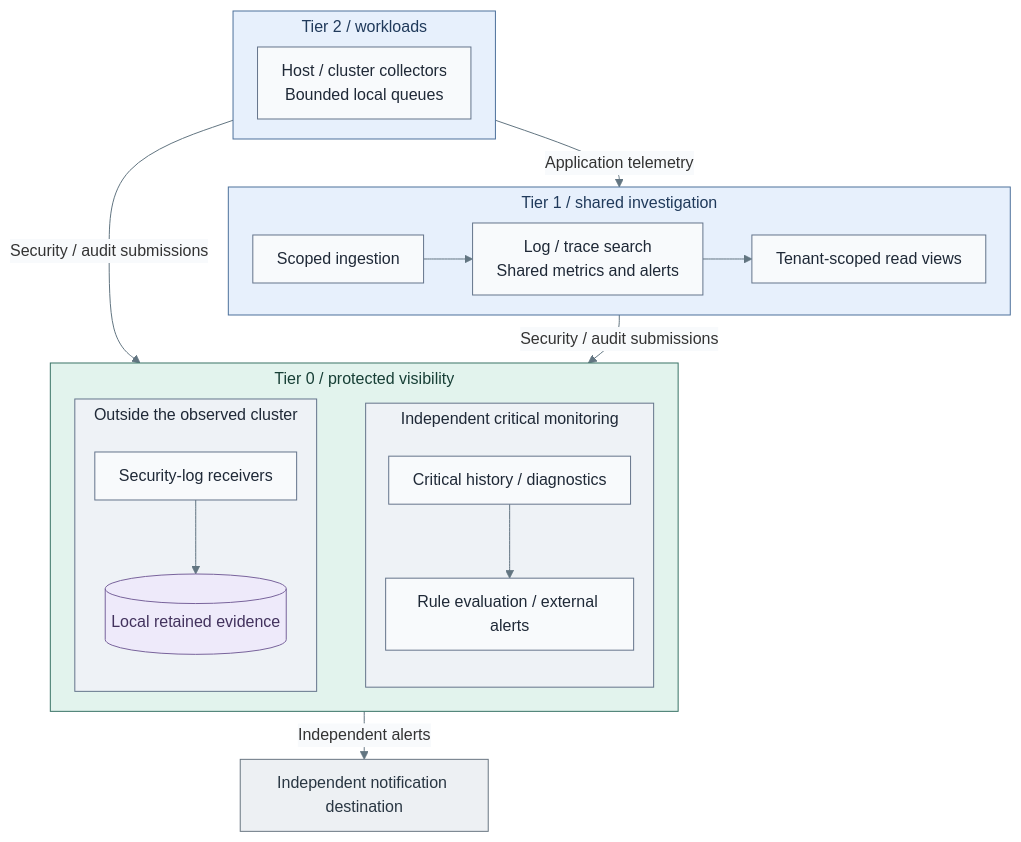
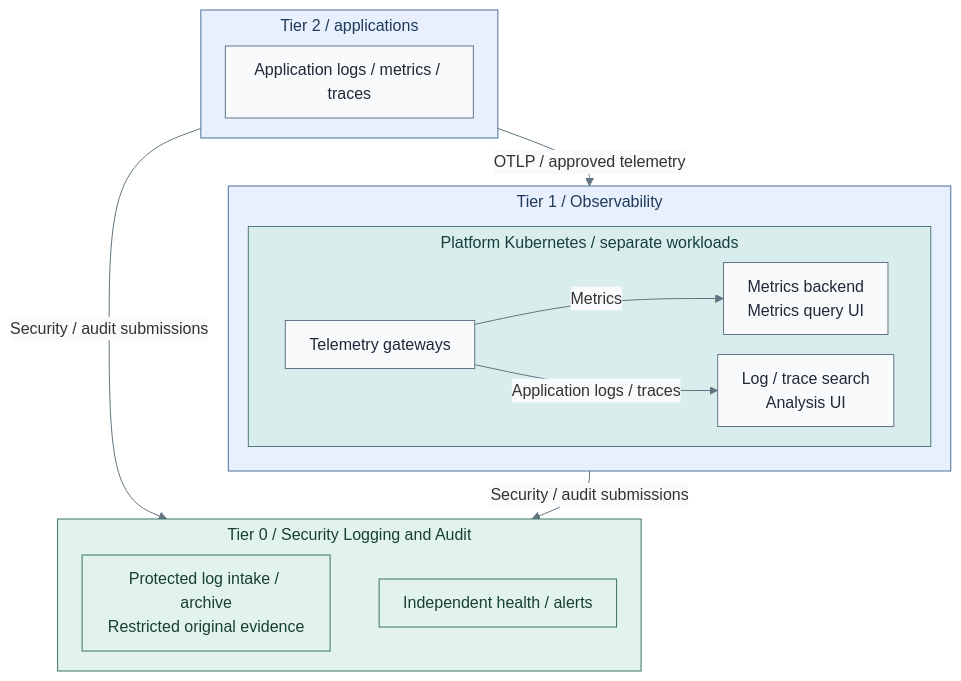
Before and after one commit to Rexus/homelab: the diagram in docs/architecture/operations/telemetry.md, drawn with Mermaid. The commit also changed other lines of this file and 34 other files, not shown here.

Commit message:
refactor(observability): align Kubernetes-first design and examples

````diff
--- a/docs/architecture/operations/telemetry.md
+++ b/docs/architecture/operations/telemetry.md
@@ -19,44 +24,33 @@
 ```mermaid
 %%{init: {"theme":"base","flowchart":{"nodeSpacing":20,"rankSpacing":24,"padding":12,"subGraphTitleMargin":{"top":4,"bottom":12}},"themeVariables":{"lineColor":"#627581","edgeLabelBackground":"#f8fafc"}}}%%
 flowchart TB
-  subgraph T2["Tier 2 / workloads"]
-    Agents["Host / cluster collectors<br/>Bounded local queues"]
+  subgraph T2["Tier 2 / applications"]
+    Apps["Application logs / metrics / traces"]
   end
-  subgraph T1["Tier 1 / shared investigation"]
+  subgraph T1["Tier 1 / Observability"]
+    direction TB
+    subgraph Cluster["Platform Kubernetes / separate workloads"]
+      Gateway["Telemetry gateways"]
+      Metrics["Metrics backend<br/>Metrics query UI"]
+      Search["Log / trace search<br/>Analysis UI"]
+      Gateway -->|Metrics| Metrics
+      Gateway -->|Application logs / traces| Search
+    end
+  end
+  subgraph T0["Tier 0 / Security Logging and Audit"]
     direction LR
-    Ingest["Scoped ingestion"]
-    Analytics["Log / trace search<br/>Shared metrics and alerts"]
-    Views["Tenant-scoped read views"]
-    Ingest --> Analytics --> Views
+    Evidence["Protected log intake / archive<br/>Restricted original evidence"]
+    Critical["Independent health / alerts"]
+    Evidence ~~~ Critical
   end
-  subgraph T0["Tier 0 / protected visibility"]
-    direction LR
-    subgraph Intake["Outside the observed cluster"]
-      Receiver["Security-log receivers"]
-      Evidence[("Local retained evidence")]
-      Receiver --> Evidence
-    end
-    subgraph Monitoring["Independent critical monitoring"]
-      Critical["Critical history / diagnostics"]
-      Alerts["Rule evaluation / external alerts"]
-      Critical --> Alerts
-    end
-    Intake ~~~ Monitoring
-  end
-  T2 -->|Application telemetry| T1
+  T2 -->|OTLP / approved telemetry| T1
   T2 -->|Security / audit submissions| T0
   T1 -->|Security / audit submissions| T0
-  Notify["Independent notification destination"]
-  T0 -->|Independent alerts| Notify
   classDef default fill:#f8fafc,stroke:#64748b,color:#1f2937
   classDef services fill:#e7f0fc,stroke:#4d719b,color:#203a5b
+  classDef runtime fill:#d9eeec,stroke:#4d7b77,color:#173f3e
   classDef control fill:#e2f3ed,stroke:#397366,color:#173f36
-  classDef boundary fill:#eef2f6,stroke:#64748b,color:#1f2937
-  classDef data fill:#eeeafa,stroke:#78639b,color:#42325d
-  classDef actor fill:#edf0f3,stroke:#697682,color:#293642
   class T2,T1 services
-  class T0 control
-  class Intake,Monitoring boundary
-  class Evidence data
-  class Notify actor
+  class Cluster runtime
+  class T0,Evidence,Critical control
 ```
````
